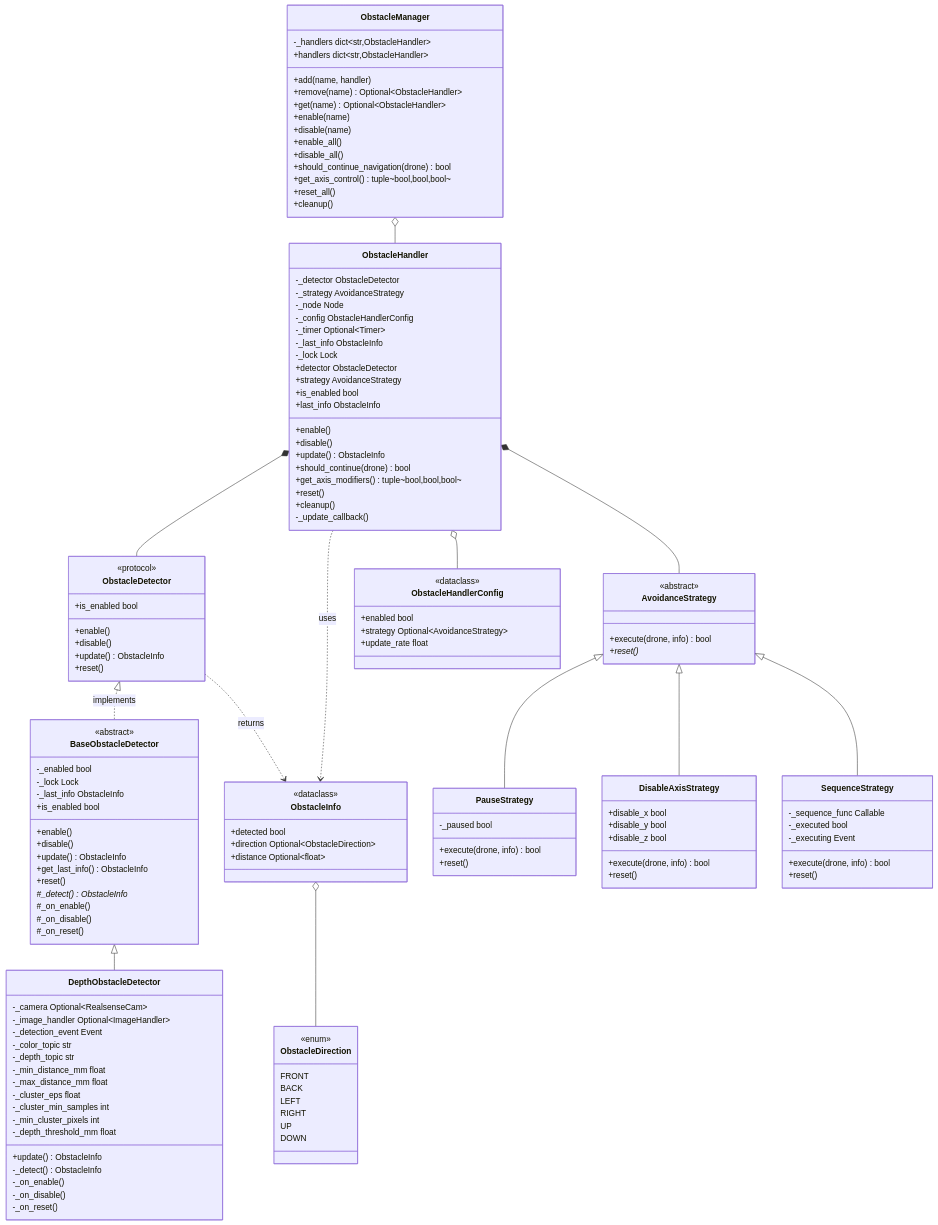
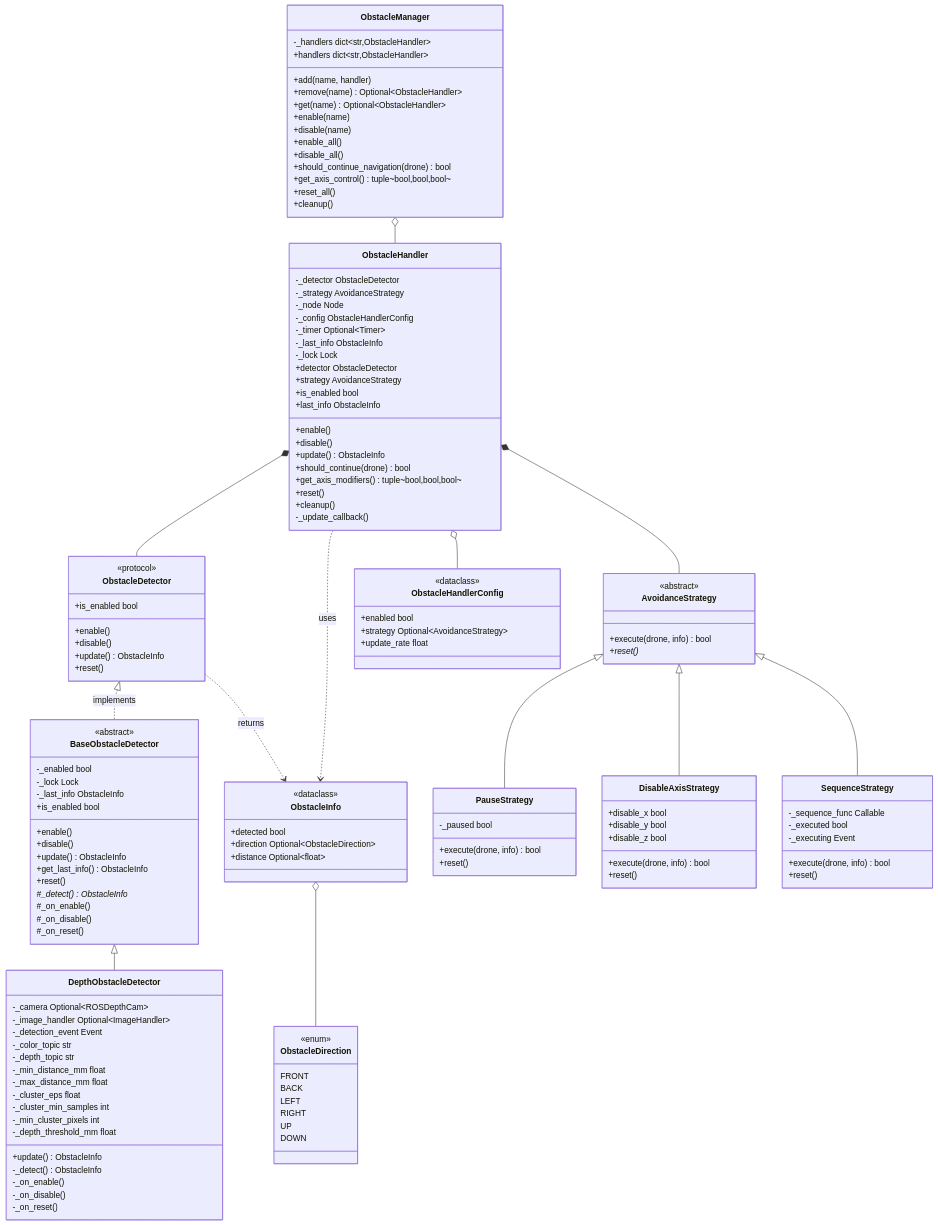
The first of 4 diagrams in nectar/nectar/control/obstacles/README.md (Black-Bee-Drones/nectar-sdk), drawn with Mermaid before and after one commit. The commit also changed other lines of this file and 36 other files, not shown here.

```diff
--- a/nectar/nectar/control/obstacles/README.md
+++ b/nectar/nectar/control/obstacles/README.md
@@ -114,7 +114,7 @@
     }
 
     class DepthObstacleDetector {
-        -_camera Optional~RealsenseCam~
+        -_camera Optional~ROSDepthCam~
         -_image_handler Optional~ImageHandler~
         -_detection_event Event
         -_color_topic str
```
